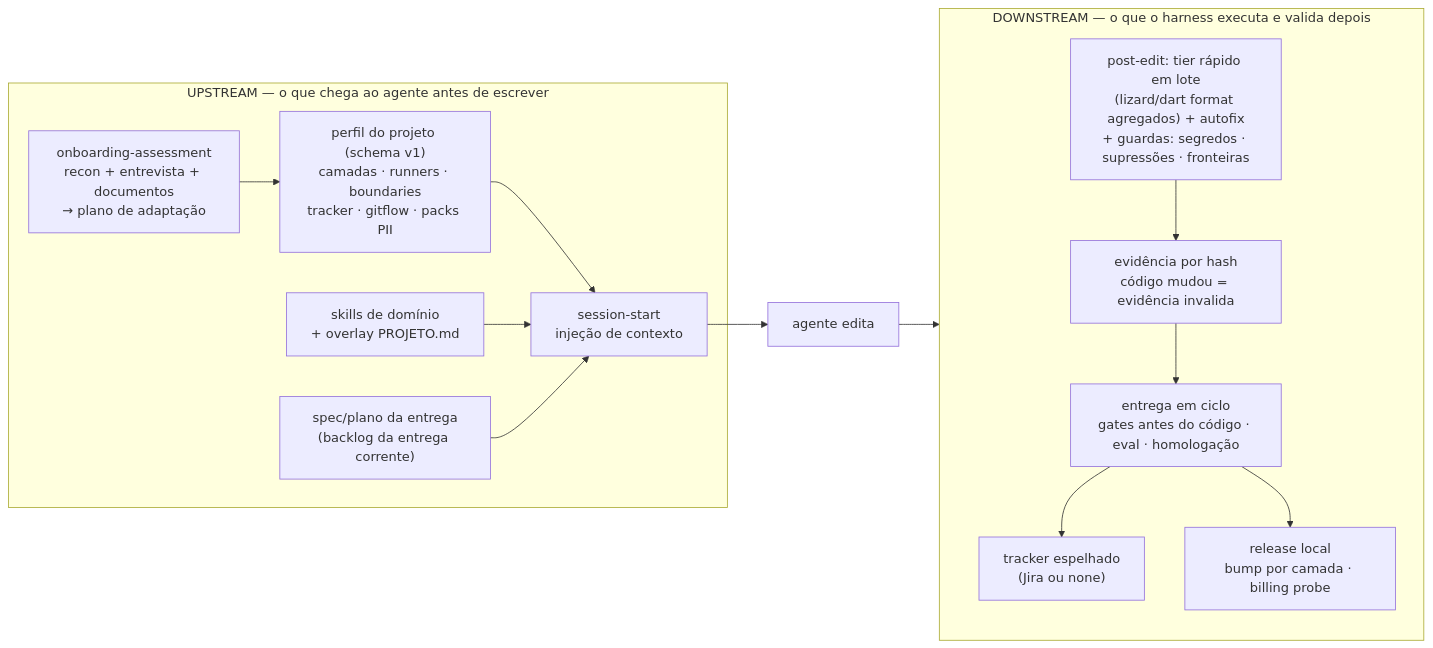
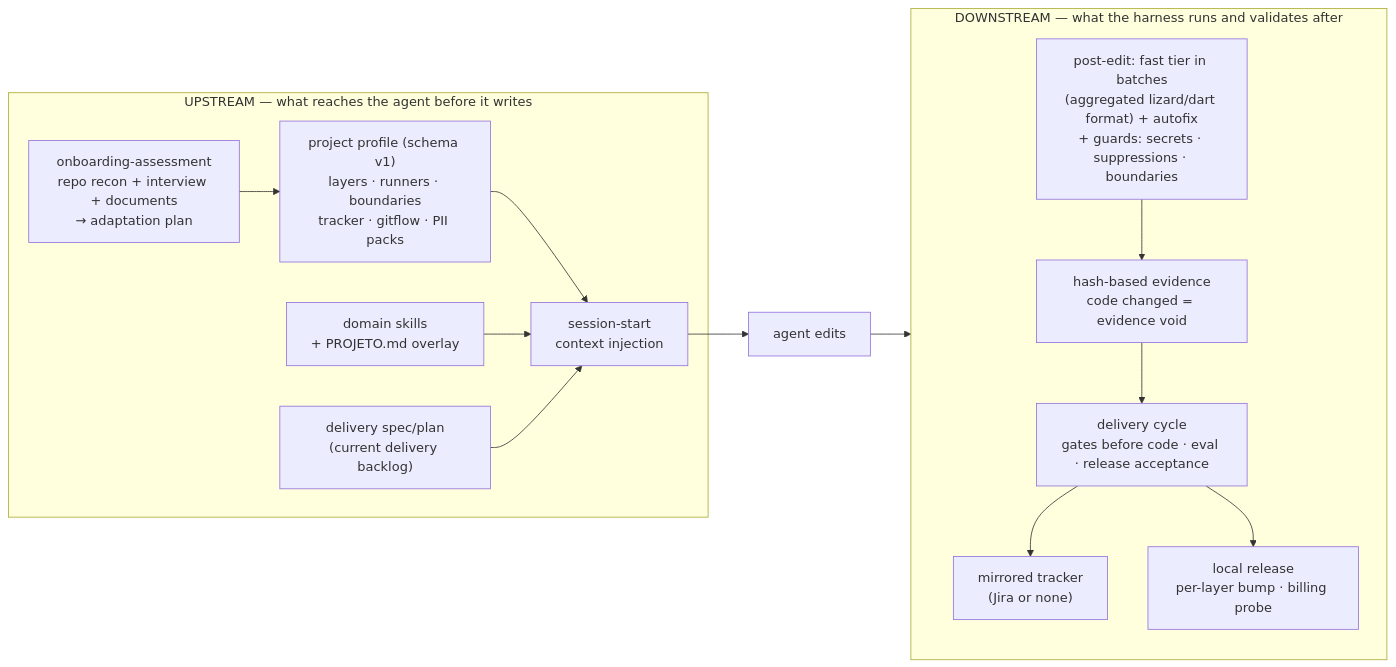
Before and after one commit to paulocymbaum/omni-harness: the diagram in README.md, drawn with Mermaid. The commit also changed other lines of this file and 4 other files, not shown here.

````diff
--- a/README.md
+++ b/README.md
@@ -20,16 +20,16 @@
 ```mermaid
 flowchart LR
-  subgraph UP["UPSTREAM — o que chega ao agente antes de escrever"]
-    ONB["onboarding-assessment<br/>recon + entrevista + documentos<br/>→ plano de adaptação"] --> PERF
-    PERF["perfil do projeto (schema v1)<br/>camadas · runners · boundaries<br/>tracker · gitflow · packs PII"] --> CTX["session-start<br/>injeção de contexto"]
-    SK["skills de domínio<br/>+ overlay PROJETO.md"] --> CTX
-    BL["spec/plano da entrega<br/>(backlog da entrega corrente)"] --> CTX
+  subgraph UP["UPSTREAM — what reaches the agent before it writes"]
+    ONB["onboarding-assessment<br/>repo recon + interview + documents<br/>→ adaptation plan"] --> PERF
+    PERF["project profile (schema v1)<br/>layers · runners · boundaries<br/>tracker · gitflow · PII packs"] --> CTX["session-start<br/>context injection"]
+    SK["domain skills<br/>+ PROJETO.md overlay"] --> CTX
+    BL["delivery spec/plan<br/>(current delivery backlog)"] --> CTX
   end
-  CTX --> AGT["agente edita"]
+  CTX --> AGT["agent edits"]
   AGT --> DOWN
-  subgraph DOWN["DOWNSTREAM — o que o harness executa e valida depois"]
-    ED["post-edit: tier rápido em lote<br/>(lizard/dart format agregados) + autofix<br/>+ guardas: segredos · supressões · fronteiras"] --> EV["evidência por hash<br/>código mudou = evidência invalida"]
-    EV --> CIC["entrega em ciclo<br/>gates antes do código · eval · homologação"] --> TRK["tracker espelhado<br/>(Jira ou none)"]
-    CIC --> REL["release local<br/>bump por camada · billing probe"]
+  subgraph DOWN["DOWNSTREAM — what the harness runs and validates after"]
+    ED["post-edit: fast tier in batches<br/>(aggregated lizard/dart format) + autofix<br/>+ guards: secrets · suppressions · boundaries"] --> EV["hash-based evidence<br/>code changed = evidence void"]
+    EV --> CIC["delivery cycle<br/>gates before code · eval · release acceptance"] --> TRK["mirrored tracker<br/>(Jira or none)"]
+    CIC --> REL["local release<br/>per-layer bump · billing probe"]
   end
 ```
````
